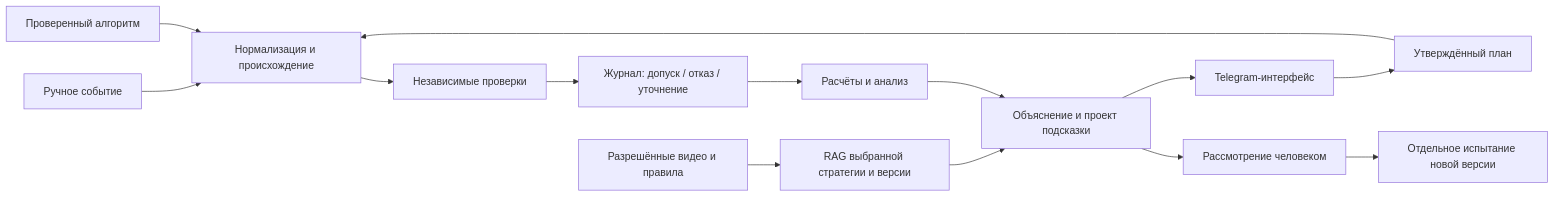
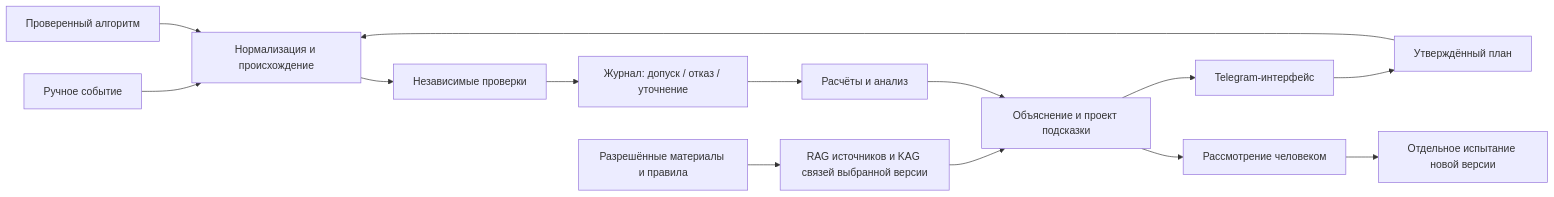
Before and after one commit to edkhv/TraderAI.su: the diagram in README.md, drawn with Mermaid. The commit also changed other lines of this file and 4 other files, not shown here.

````diff
--- a/README.md
+++ b/README.md
@@ -56,16 +56,16 @@
 ```mermaid
 flowchart LR
     M[Ручное событие] --> N[Нормализация и происхождение]
     P[Утверждённый план] --> N
     A[Проверенный алгоритм] --> N
     N --> G[Независимые проверки]
     G --> J[Журнал: допуск / отказ / уточнение]
     J --> C[Расчёты и анализ]
-    V[Разрешённые видео и правила] --> K[RAG выбранной стратегии и версии]
+    V[Разрешённые материалы и правила] --> K[RAG источников и KAG связей выбранной версии]
     K --> X[Объяснение и проект подсказки]
     C --> X
     B[Telegram-интерфейс] --> P
     X --> B
     X --> H[Рассмотрение человеком]
     H --> T[Отдельное испытание новой версии]
 ```
````
